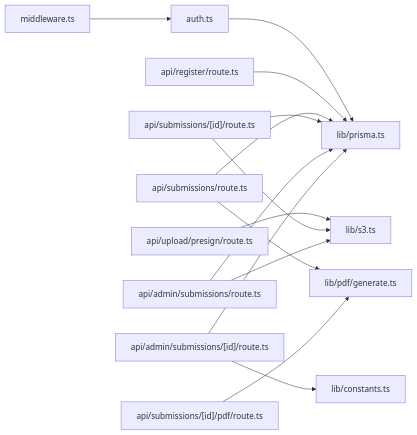
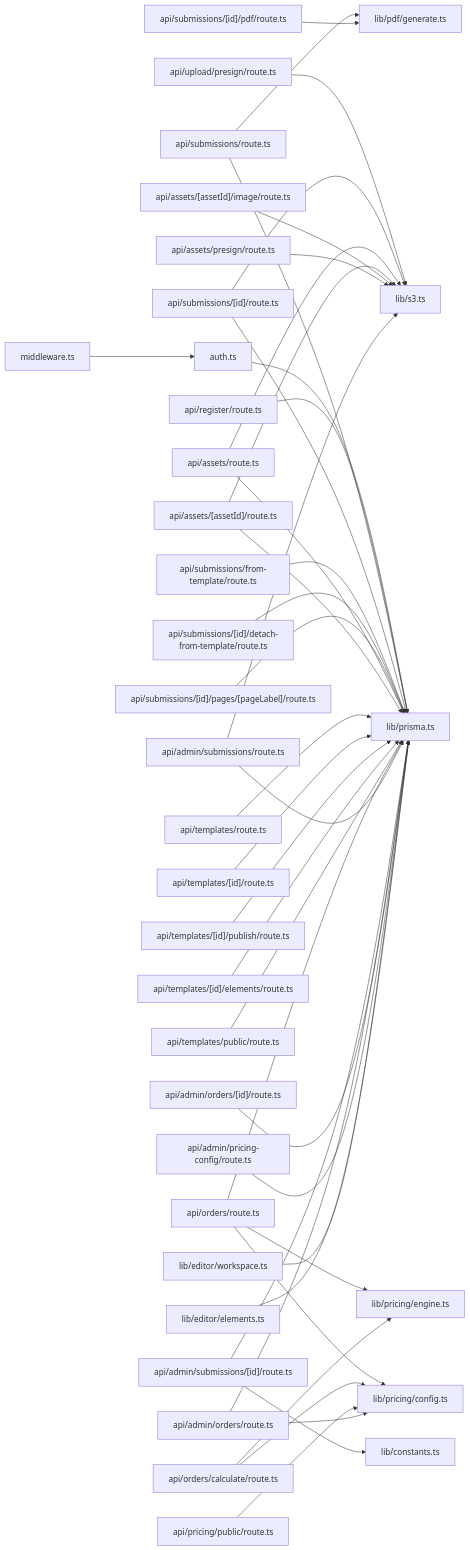
One commit to Crowdspender/titchybooks-app changed diagram 12 of 12 in .qoder/repowiki/en/content/Architecture Overview/Backend Architecture.md. Above: the diagram before and after it, drawn with Mermaid. The commit also changed other lines of this file and 62 other files, not shown here.

````diff
--- a/.qoder/repowiki/en/content/Architecture Overview/Backend Architecture.md
+++ b/.qoder/repowiki/en/content/Architecture Overview/Backend Architecture.md
@@ -355,16 +587,42 @@
 ```mermaid
 graph LR
 MW["middleware.ts"] --> NA["auth.ts"]
 NA --> PRISMA["lib/prisma.ts"]
 REG["api/register/route.ts"] --> PRISMA
 PRESIGN["api/upload/presign/route.ts"] --> S3["lib/s3.ts"]
 SUBS["api/submissions/route.ts"] --> PRISMA
 SUBS --> PDF["lib/pdf/generate.ts"]
 SUBSID["api/submissions/[id]/route.ts"] --> PRISMA
 SUBSID --> S3
 SUBSPDF["api/submissions/[id]/pdf/route.ts"] --> PDF
-ADMINS["api/admin/submissions/route.ts"] --> PRISMA
-ADMINS --> S3
-ADMINID["api/admin/submissions/[id]/route.ts"] --> PRISMA
-ADMINID --> CONST["lib/constants.ts"]
+FROM_TEMPLATE["api/submissions/from-template/route.ts"] --> PRISMA
+DETACH_TEMPLATE["api/submissions/[id]/detach-from-template/route.ts"] --> PRISMA
+PAGE_LABEL["api/submissions/[id]/pages/[pageLabel]/route.ts"] --> PRISMA
+ASSETS["api/assets/route.ts"] --> PRISMA
+ASSETS --> S3
+ASSET_ID["api/assets/[assetId]/route.ts"] --> PRISMA
+ASSET_ID --> S3
+ASSET_IMAGE["api/assets/[assetId]/image/route.ts"] --> S3
+ASSET_PRESIGN["api/assets/presign/route.ts"] --> S3
+TEMPLATES["api/templates/route.ts"] --> PRISMA
+TEMPLATE_ID["api/templates/[id]/route.ts"] --> PRISMA
+TEMPLATE_PUBLISH["api/templates/[id]/publish/route.ts"] --> PRISMA
+TEMPLATE_ELEMENTS["api/templates/[id]/elements/route.ts"] --> PRISMA
+TEMPLATE_PUBLIC["api/templates/public/route.ts"] --> PRISMA
+ORDERS["api/orders/route.ts"] --> PRISMA
+ORDERS --> PRICE_ENGINE["lib/pricing/engine.ts"]
+ORDERS --> PRICE_CFG["lib/pricing/config.ts"]
+ORDERS_CALC["api/orders/calculate/route.ts"] --> PRICE_ENGINE
+ORDERS_CALC --> PRICE_CFG
+PUBLIC_PRICE["api/pricing/public/route.ts"] --> PRICE_CFG
+ADMIN_SUBS["api/admin/submissions/route.ts"] --> PRISMA
+ADMIN_SUBS --> S3
+ADMIN_SUBS_ID["api/admin/submissions/[id]/route.ts"] --> PRISMA
+ADMIN_SUBS_ID --> CONST["lib/constants.ts"]
+ADMIN_ORDERS["api/admin/orders/route.ts"] --> PRISMA
+ADMIN_ORDERS --> PRICE_CFG
+ADMIN_ORDERS_ID["api/admin/orders/[id]/route.ts"] --> PRISMA
+ADMIN_PRICE_CFG["api/admin/pricing-config/route.ts"] --> PRISMA
+WORKSPACE["lib/editor/workspace.ts"] --> PRISMA
+ELEMENTS["lib/editor/elements.ts"] --> PRISMA
 ```
````
